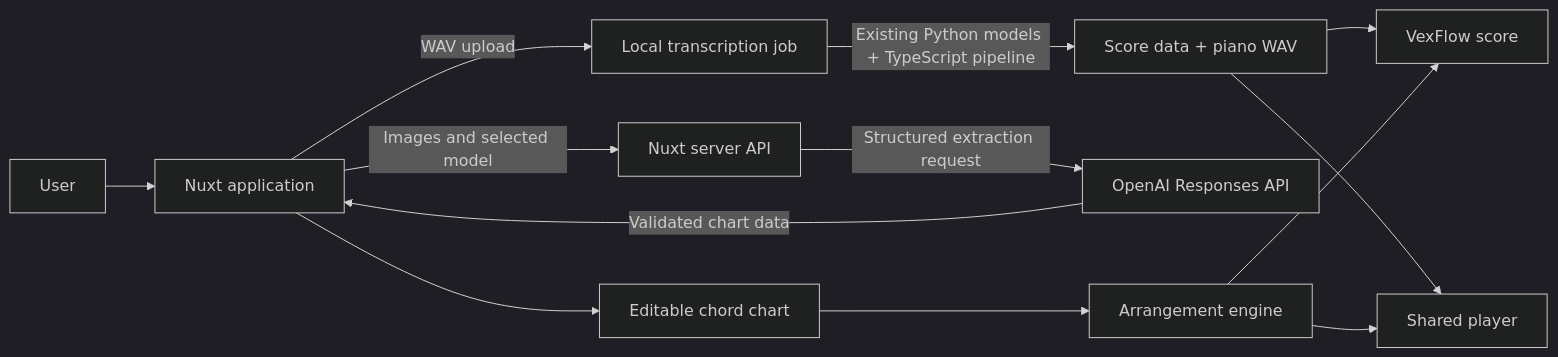
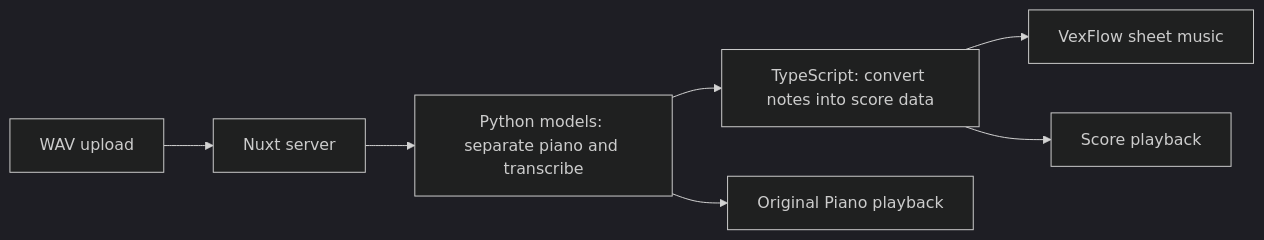
One commit to Kuo-Chun-Ting/piano-accompaniment changed the diagram in README.md. Above: the diagram before and after it, drawn with Mermaid (dark theme). The commit also changed other lines of this file and 11 other files, not shown here.

Commit message:
feat: add note-shaped audio upload and shared preview player

````diff
--- a/README.md
+++ b/README.md
@@ -28,15 +27,9 @@
 ```mermaid
 flowchart LR
-    User[User] --> App[Nuxt application]
-    App -->|WAV upload| Job[Local transcription job]
-    Job -->|Existing Python models + TypeScript pipeline| AudioScore[Score data + piano WAV]
-    AudioScore --> Score[VexFlow score]
-    AudioScore --> Playback[Shared player]
-    App -->|Images and selected model| API[Nuxt server API]
-    API -->|Structured extraction request| OpenAI[OpenAI Responses API]
-    OpenAI -->|Validated chart data| App
-    App --> Editor[Editable chord chart]
-    Editor --> Arrangement[Arrangement engine]
-    Arrangement --> Score[VexFlow score]
-    Arrangement --> Playback
+    Upload[WAV upload] --> Server[Nuxt server]
+    Server --> Models[Python models: separate piano and transcribe]
+    Models --> Pipeline[TypeScript: convert notes into score data]
+    Pipeline --> Score[VexFlow sheet music]
+    Pipeline --> Player[Score playback]
+    Models --> Piano[Original Piano playback]
 ```
````
